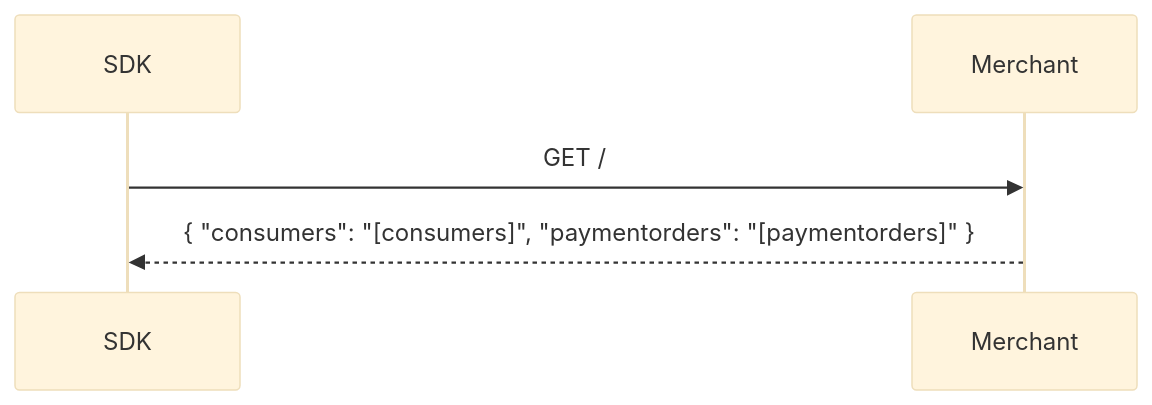
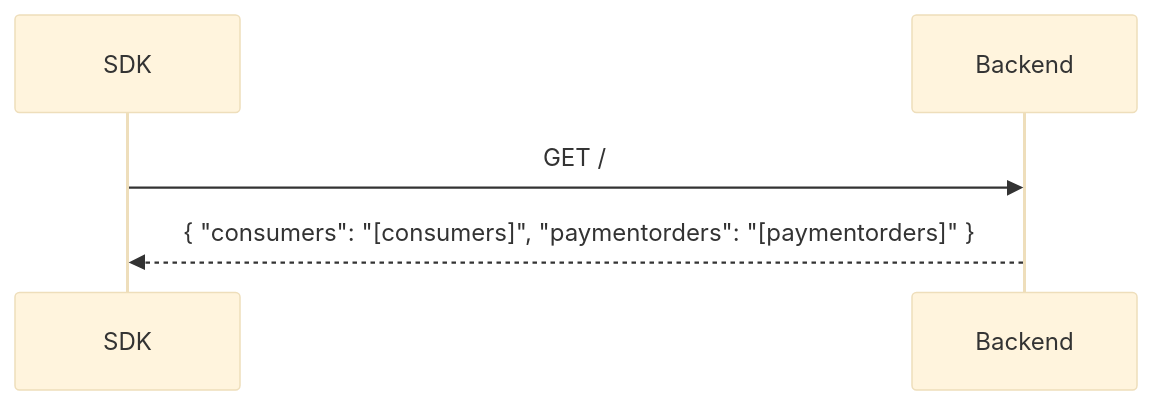
The third of 8 diagrams in modules-sdks/mobile-sdk/process-diagrams.md (SwedbankPay/developer.swedbankpay.com), drawn with Mermaid (base theme) before and after one commit. The commit also changed other lines of this file and 7 other files, not shown here.

````diff
--- a/modules-sdks/mobile-sdk/process-diagrams.md
+++ b/modules-sdks/mobile-sdk/process-diagrams.md
@@ -92,8 +109,8 @@
 ```mermaid
 sequenceDiagram
     participant SDK
-    participant Merchant
+    participant Backend
 
-    SDK ->> Merchant: GET /
-    Merchant -->> SDK: { "consumers": "[consumers]", "paymentorders": "[paymentorders]" }
+    SDK ->> Backend: GET /
+    Backend -->> SDK: { "consumers": "[consumers]", "paymentorders": "[paymentorders]" }
 ```
````
